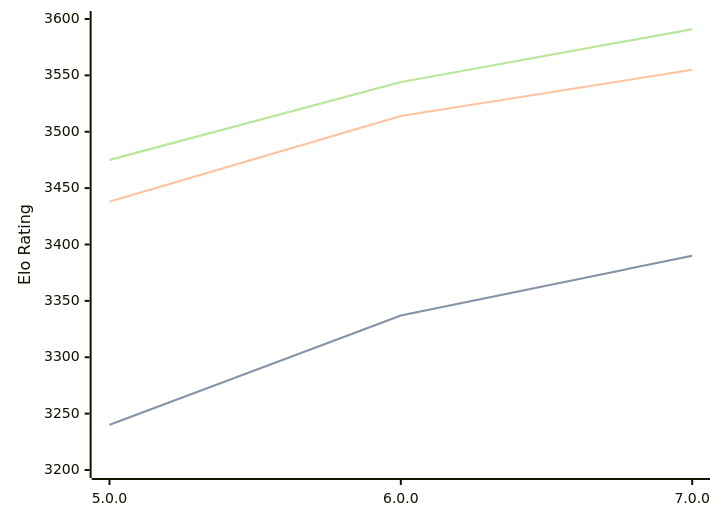
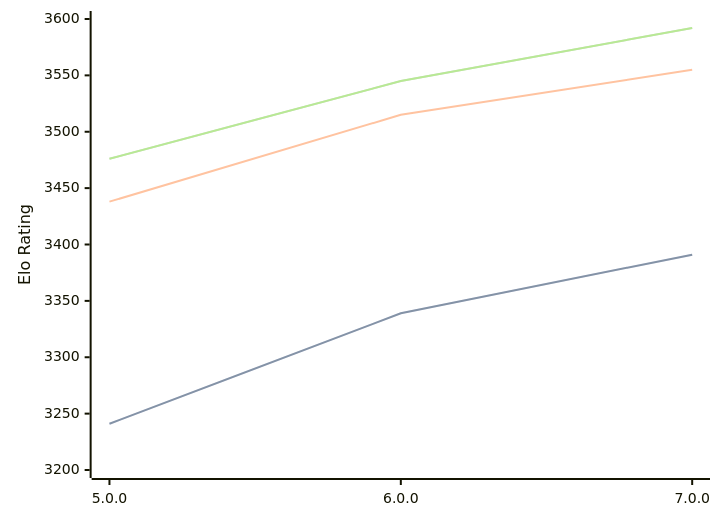
One commit to computer-chess-index/cci changed the diagram in engines/Stormphrax.md. Above: the diagram before and after it, drawn with Mermaid. The commit also changed other lines of this file, not shown here.

Commit message:
Update CCI Ratings (ELO VLTC) - 2026-05-01

````diff
--- a/engines/Stormphrax.md
+++ b/engines/Stormphrax.md
@@ -38,11 +38,11 @@
 ```mermaid
 %%{init: {"theme":"base","themeVariables":{"seriesColors:['#a3a3a3','#222221','#faa371']}}}%%
 xychart-beta
   x-axis ["5.0.0", "6.0.0", "7.0.0"]
   y-axis "Elo Rating" 3200 --> 3600
-  line "STC (8.0+0.08s)" [3240, 3337, 3390]
-  line "STC (8.0+0.08s)" [3240, 3337, 3390]
-  line "LTC (60.0+0.60s)" [3438, 3514, 3555]
-  line "VLTC (2m24s+1.12s)" [3475, 3544, 3591]
-  line "VLTC (2m24s+1.12s)" [3475, 3544, 3591]
+  line "STC (8.0+0.08s)" [3241, 3339, 3391]
+  line "STC (8.0+0.08s)" [3241, 3339, 3391]
+  line "LTC (60.0+0.60s)" [3438, 3515, 3555]
+  line "VLTC (2m24s+1.12s)" [3476, 3545, 3592]
+  line "VLTC (2m24s+1.12s)" [3476, 3545, 3592]
 ```
````
